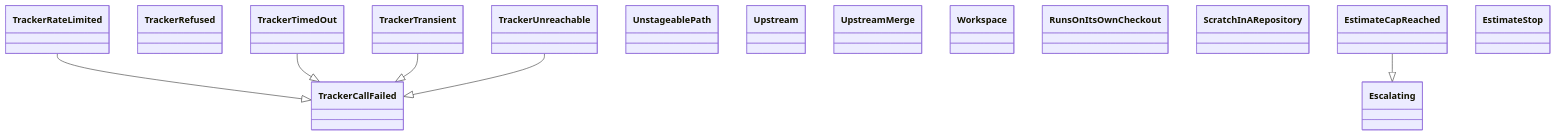
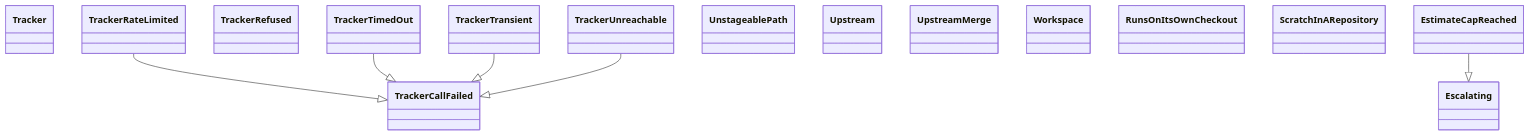
Before and after one commit to GonzaloZevallos/agentic-system: the diagram in docs/architecture/generated/classes-process-application-support-7.md, drawn with Mermaid. The commit also changed other lines of this file and 8 other files, not shown here.

````diff
--- a/docs/architecture/generated/classes-process-application-support-7.md
+++ b/docs/architecture/generated/classes-process-application-support-7.md
@@ -20,23 +20,23 @@
 ```mermaid
 classDiagram
+    class ports__Tracker["Tracker"]
     class ports__TrackerCallFailed["TrackerCallFailed"]
     class ports__TrackerRateLimited["TrackerRateLimited"]
     class ports__TrackerRefused["TrackerRefused"]
     class ports__TrackerTimedOut["TrackerTimedOut"]
     class ports__TrackerTransient["TrackerTransient"]
     class ports__TrackerUnreachable["TrackerUnreachable"]
     class ports__UnstageablePath["UnstageablePath"]
     class ports__Upstream["Upstream"]
     class ports__UpstreamMerge["UpstreamMerge"]
     class ports__Workspace["Workspace"]
     class preflight__RunsOnItsOwnCheckout["RunsOnItsOwnCheckout"]
     class preflight__ScratchInARepository["ScratchInARepository"]
     class run_role__Escalating["Escalating"]
     class run_role__EstimateCapReached["EstimateCapReached"]
-    class run_role__EstimateStop["EstimateStop"]
     ports__TrackerRateLimited --|> ports__TrackerCallFailed
     ports__TrackerTimedOut --|> ports__TrackerCallFailed
     ports__TrackerTransient --|> ports__TrackerCallFailed
     ports__TrackerUnreachable --|> ports__TrackerCallFailed
     run_role__EstimateCapReached --|> run_role__Escalating
 ```
````
